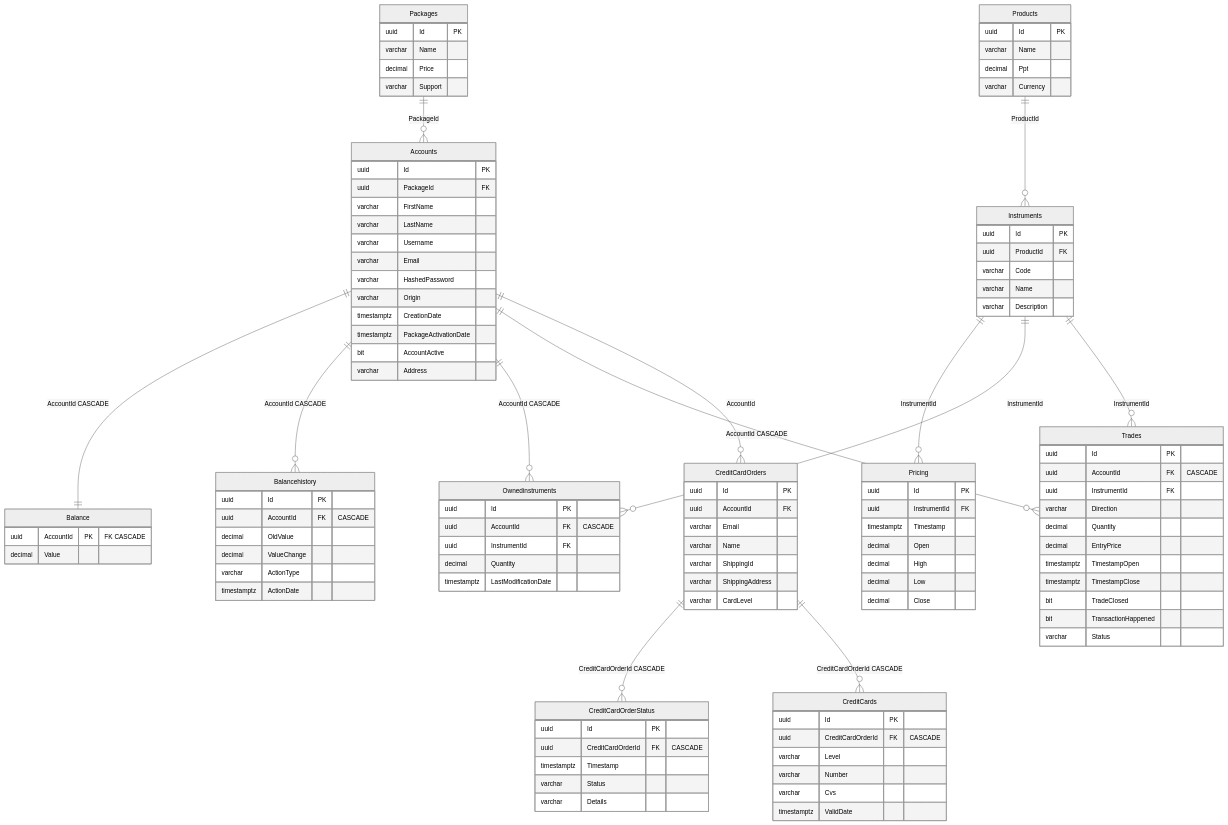
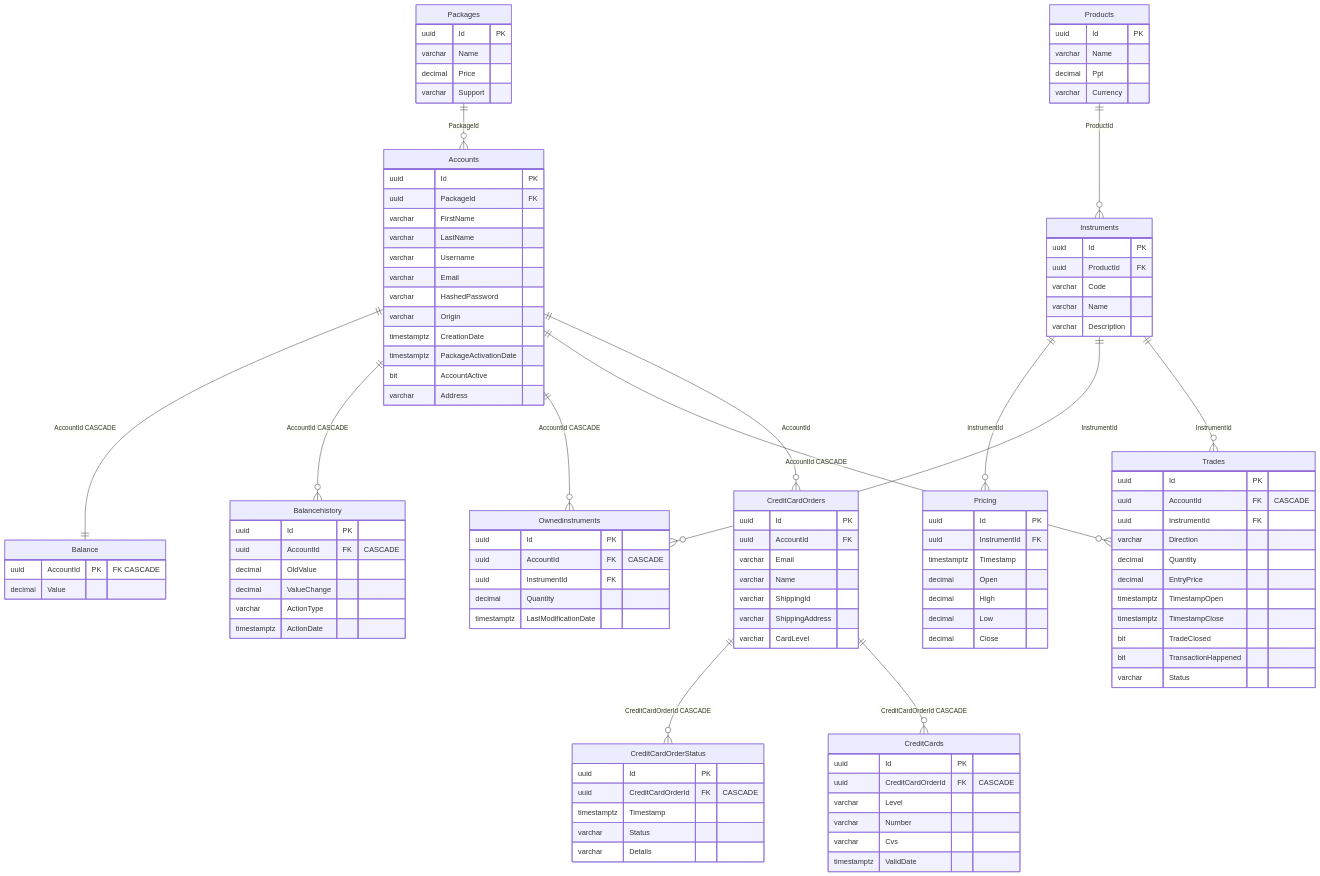
The second of 2 diagrams in README.md (Dynatrace/easytrade), drawn with Mermaid before and after one commit. The commit also changed other lines of this file, not shown here.

Commit message:
refactor: streamline architecture diagram in README

````diff
--- a/README.md
+++ b/README.md
@@ -118,5 +111,4 @@
 ```mermaid
-%%{init: {"theme": "neutral", "themeVariables": {"fontSize": "14px"}}}%%
 erDiagram
 
     Packages {
````
